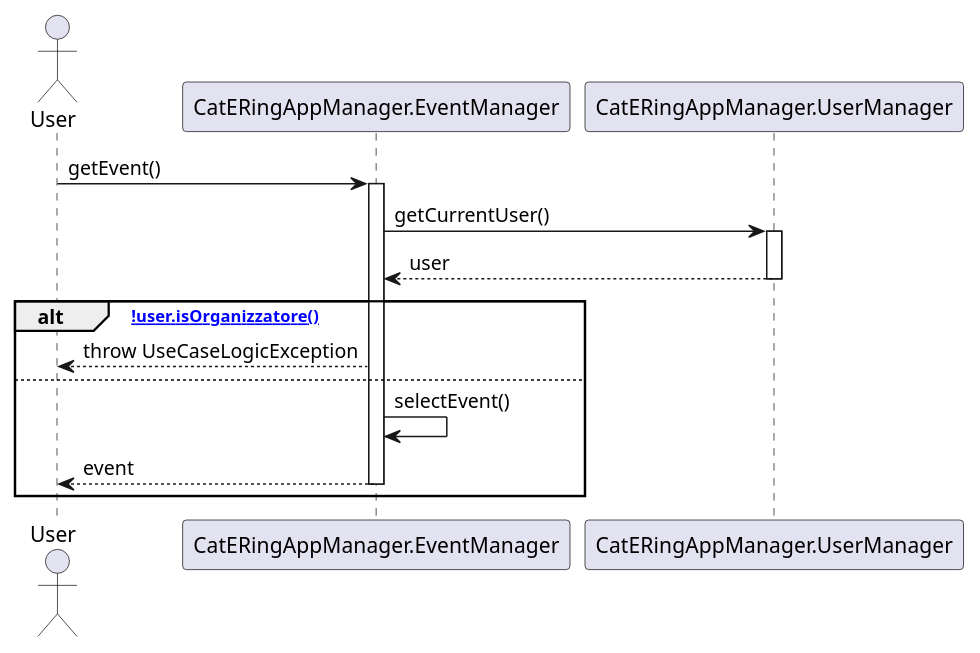
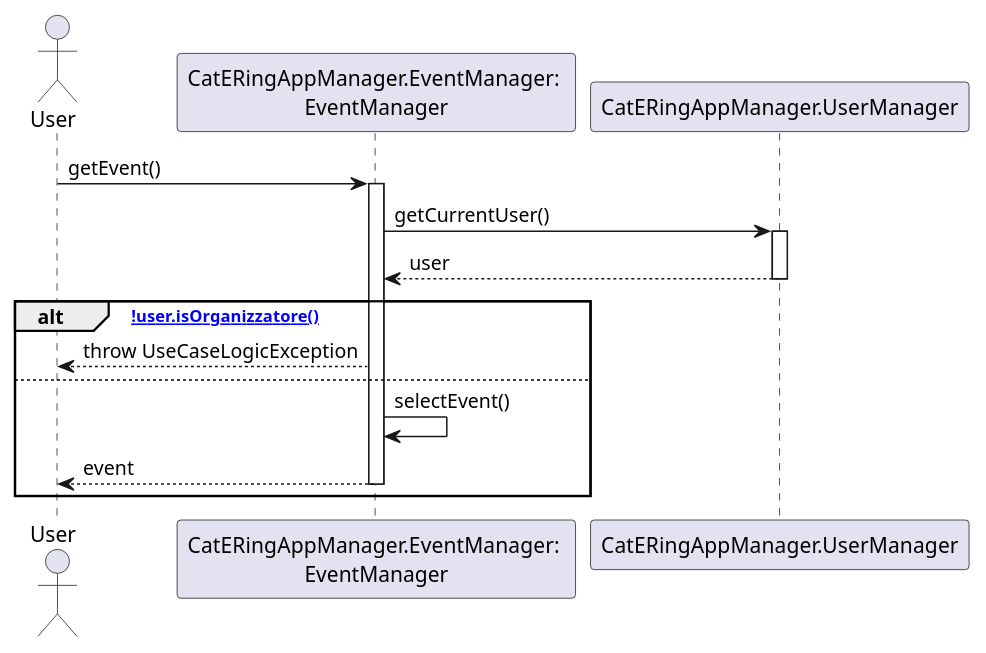
The diagram in dsd/dsd-eventi/estensioniEcc/1a-selectEvent.md (m0canu1/sas), drawn with PlantUML before and after one commit. The commit also changed 11 other files, not shown here.

````diff
--- a/dsd/dsd-eventi/estensioniEcc/1a-selectEvent.md
+++ b/dsd/dsd-eventi/estensioniEcc/1a-selectEvent.md
@@ -1,22 +1,22 @@
 ```plantuml
 Actor  User
-Participant "CatERingAppManager.EventManager" 
-Participant "CatERingAppManager.UserManager"
+Participant "CatERingAppManager.EventManager: \nEventManager"  as EM
+Participant "CatERingAppManager.UserManager" as UM
 
-User -> "CatERingAppManager.EventManager": getEvent()
-Activate "CatERingAppManager.EventManager"
+User -> EM: getEvent()
+Activate EM
 
-"CatERingAppManager.EventManager" -> "CatERingAppManager.UserManager": getCurrentUser()
-Activate "CatERingAppManager.UserManager"
+EM -> UM: getCurrentUser()
+Activate UM
     
-"CatERingAppManager.UserManager" --> "CatERingAppManager.EventManager": user
-Deactivate "CatERingAppManager.UserManager"
+UM --> EM: user
+Deactivate UM
 
 alt [!user.isOrganizzatore()]
-    "CatERingAppManager.EventManager" --> User: throw UseCaseLogicException
+    EM --> User: throw UseCaseLogicException
 else
-    "CatERingAppManager.EventManager" -> "CatERingAppManager.EventManager": selectEvent()
-    "CatERingAppManager.EventManager" --> User: event
-    Deactivate "CatERingAppManager.EventManager"
+    EM -> EM: selectEvent()
+    EM --> User: event
+    Deactivate EM
 end
 ```
````
